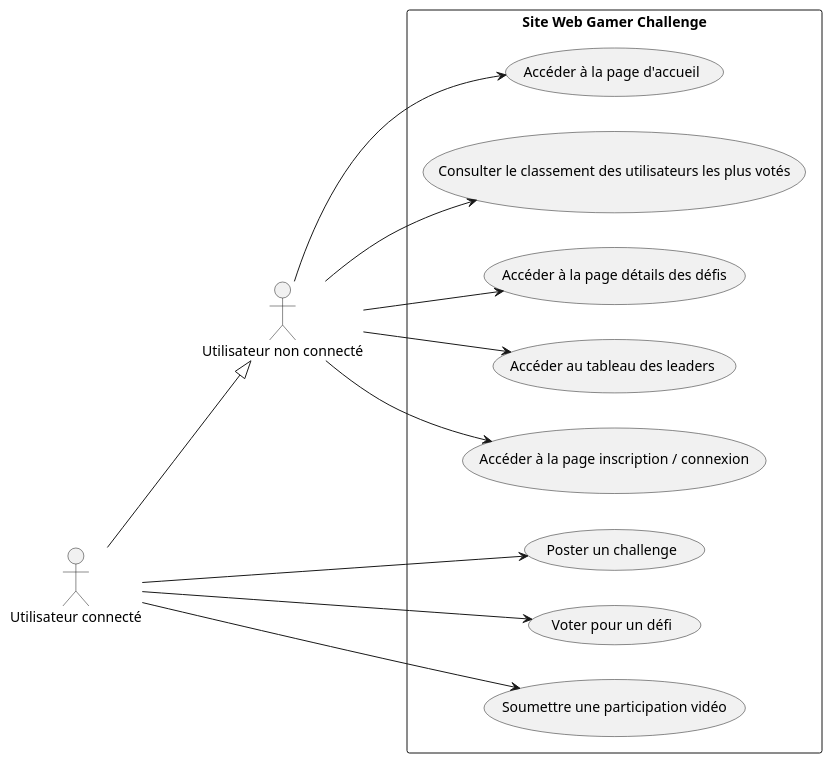
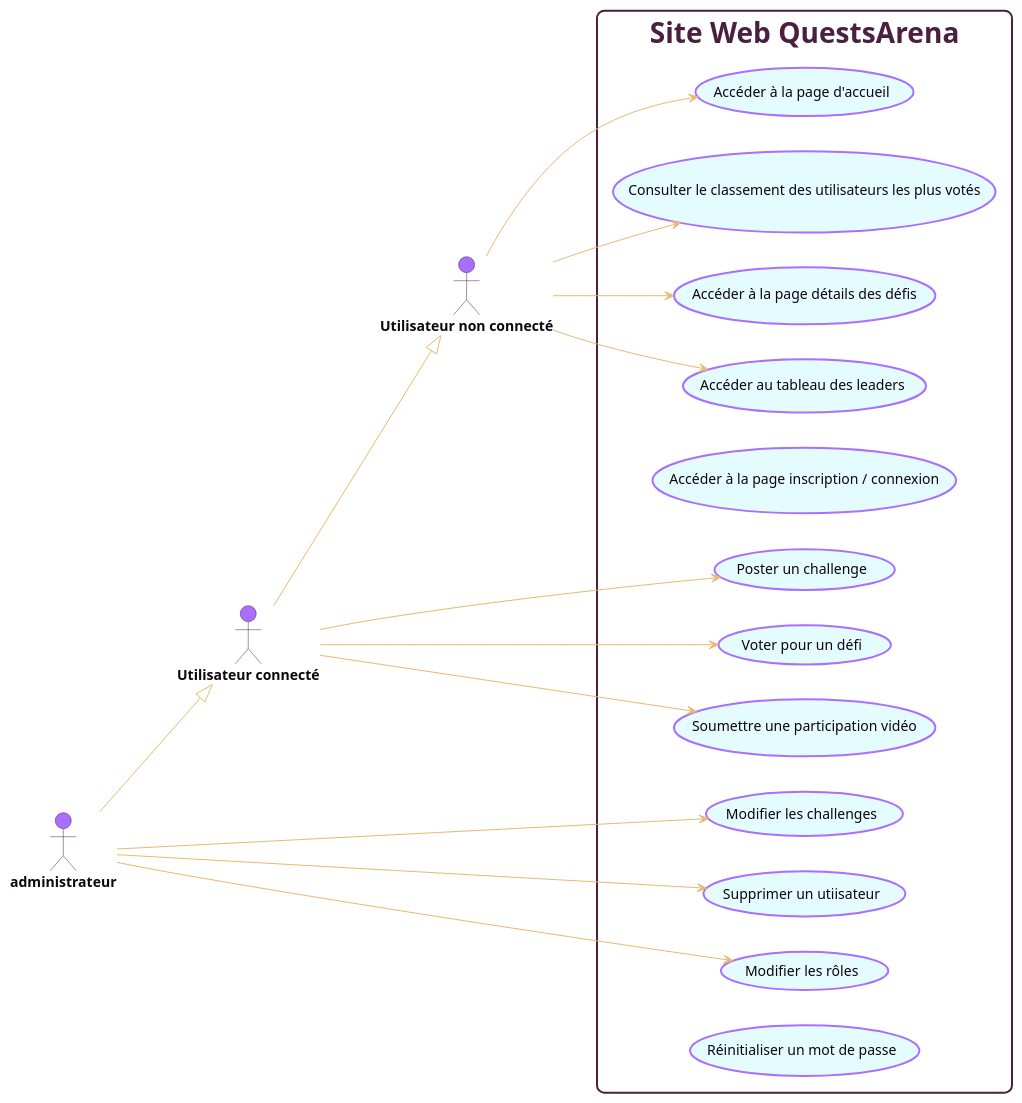
One commit to cedricrgt/questarena changed the diagram in conception/diagrams/usecase.puml. Above: the diagram before and after it, drawn with PlantUML. The commit also changed 7 other files, not shown here.

```diff
--- a/conception/diagrams/usecase.puml
+++ b/conception/diagrams/usecase.puml
@@ -1,33 +1,74 @@
 @startuml usecase
 
 left to right direction
 
+' --- Style moderne (couleurs CSS QuestsArena) ---
+skinparam shadowing false
+skinparam roundCorner 15
+skinparam defaultFontName "Raleway, sans-serif"
+
+skinparam actor {
+    BackgroundColor #a96fff
+    BorderColor #4a2040
+    FontColor #0e060c
+    FontSize 14
+    FontStyle bold
+}
+
+skinparam usecase {
+    BackgroundColor #e5fcff
+    BorderColor #a96fff
+    ArrowColor #e9b872
+    BorderThickness 2
+    FontColor #0e060c
+}
+
+skinparam rectangle {
+    BackgroundColor transparent
+    BorderColor #4a2040
+    BorderThickness 2
+    FontColor #4a2040
+    FontSize 16
+    FontStyle bold
+}
+' --------------------------------------------
+
 actor "Utilisateur non connecté" as Visitor
 actor "Utilisateur connecté" as User
+actor "administrateur" as Administrator
 
 User --|> Visitor
+Administrator --|> User
 
-rectangle "Site Web Gamer Challenge" {
+rectangle "<size:28><font:Pacifico>Site Web QuestsArena</font></size>" {
     usecase "Accéder à la page d'accueil" as UC1
     usecase "Consulter le classement des utilisateurs les plus votés" as UC2
     usecase "Accéder à la page détails des défis" as UC3
     usecase "Accéder au tableau des leaders" as UC5
     usecase "Accéder à la page inscription / connexion" as UC4
     usecase "Poster un challenge" as UC6
     usecase "Voter pour un défi" as UC7
     usecase "Soumettre une participation vidéo" as UC8
+    usecase "Modifier les challenges" as UC9
+    usecase "Supprimer un utiisateur" as UC10
+    usecase "Modifier les rôles" as UC11
+    usecase "Réinitialiser un mot de passe" as UC12
 }
 
 
 Visitor --> UC1
 Visitor --> UC2
 Visitor --> UC3
 Visitor --> UC5
-Visitor --> UC4
 
 
 User --> UC6
 User --> UC7
 User --> UC8
 
+Administrator --> UC9
+Administrator --> UC10
+Administrator --> UC11
+
+
 @enduml
```
